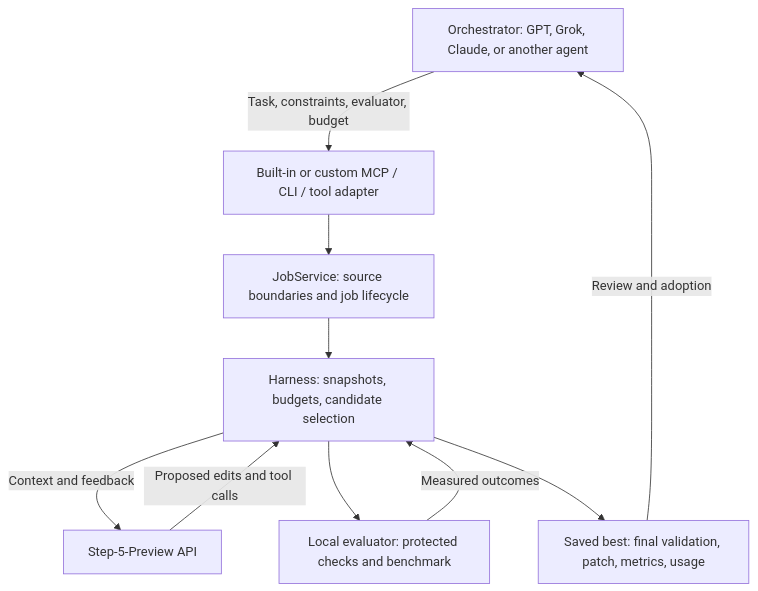
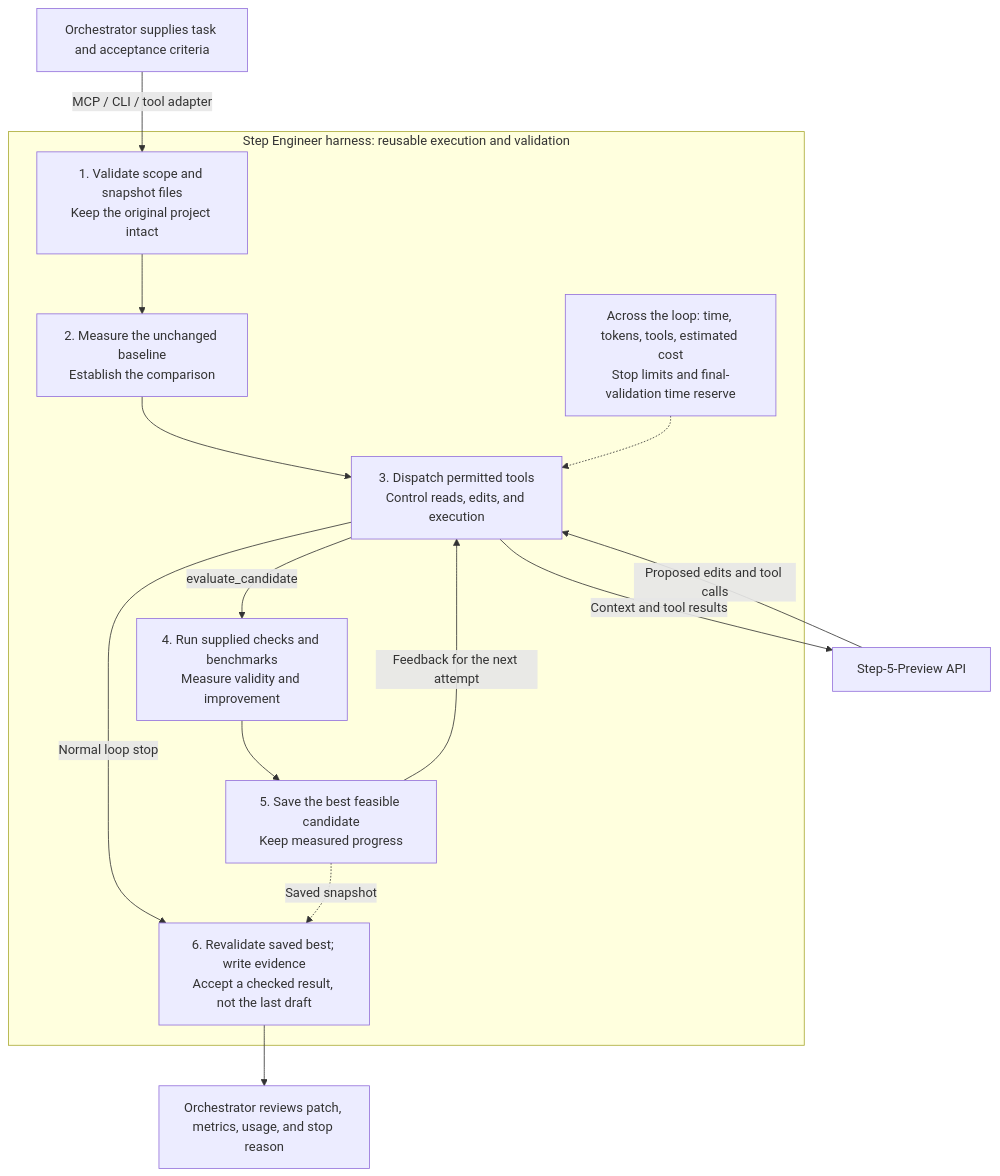
The diagram in README.md (ShemYu/step-engineer), drawn with Mermaid before and after one commit. The commit also changed other lines of this file and 1 other file, not shown here.

Commit message:
Explain harness responsibilities and design rationale in architecture diagrams

````diff
--- a/README.md
+++ b/README.md
@@ -23,12 +30,17 @@
 ```mermaid
 flowchart TD
-    O["Orchestrator: GPT, Grok, Claude, or another agent"] -->|"Task, constraints, evaluator, budget"| I["Built-in or custom MCP / CLI / tool adapter"]
-    I --> J["JobService: source boundaries and job lifecycle"]
-    J --> H["Harness: snapshots, budgets, candidate selection"]
-    H -->|"Context and feedback"| S["Step-5-Preview API"]
-    S -->|"Proposed edits and tool calls"| H
-    H --> E["Local evaluator: protected checks and benchmark"]
-    E -->|"Measured outcomes"| H
-    H --> R["Saved best: final validation, patch, metrics, usage"]
-    R -->|"Review and adoption"| O
+    O["Orchestrator supplies task and acceptance criteria"] -->|"MCP / CLI / tool adapter"| C
+    subgraph H["Step Engineer harness: reusable execution and validation"]
+        C["1. Validate scope and snapshot files<br/>Keep the original project intact"] --> B["2. Measure the unchanged baseline<br/>Establish the comparison"]
+        B --> L["3. Dispatch permitted tools<br/>Control reads, edits, and execution"]
+        L -->|"evaluate_candidate"| E["4. Run supplied checks and benchmarks<br/>Measure validity and improvement"]
+        E --> K["5. Save the best feasible candidate<br/>Keep measured progress"]
+        K -->|"Feedback for the next attempt"| L
+        L -->|"Normal loop stop"| V["6. Revalidate saved best; write evidence<br/>Accept a checked result, not the last draft"]
+        K -.->|"Saved snapshot"| V
+        G["Across the loop: time, tokens, tools, estimated cost<br/>Stop limits and final-validation time reserve"] -.-> L
+    end
+    L -->|"Context and tool results"| S["Step-5-Preview API"]
+    S -->|"Proposed edits and tool calls"| L
+    V --> R["Orchestrator reviews patch, metrics, usage, and stop reason"]
 ```
````
